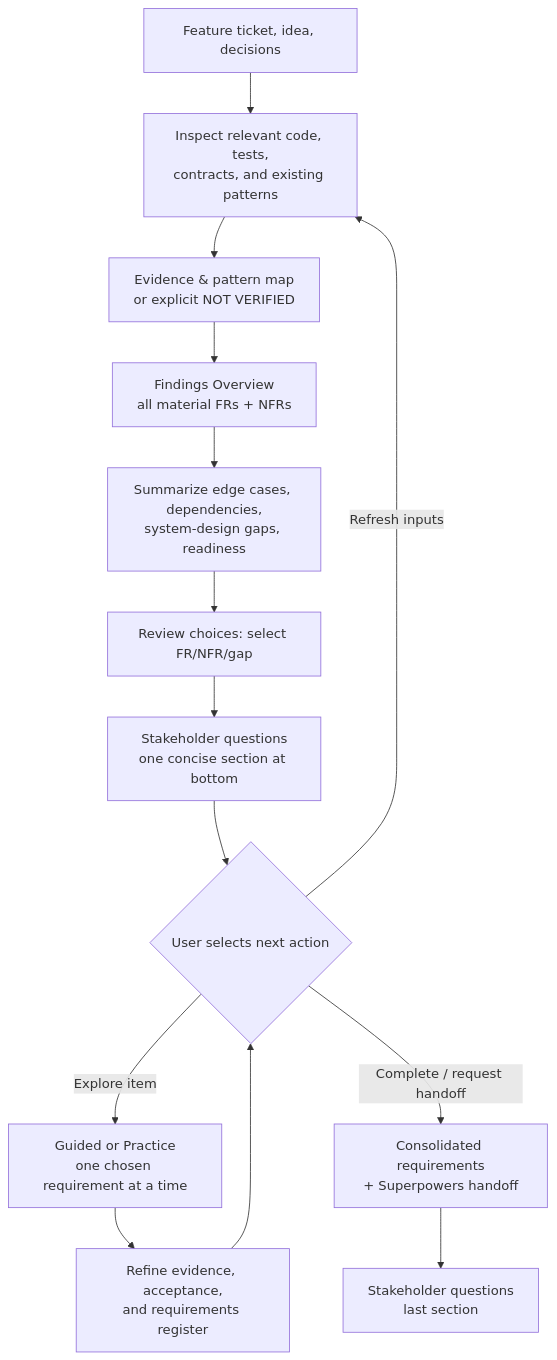
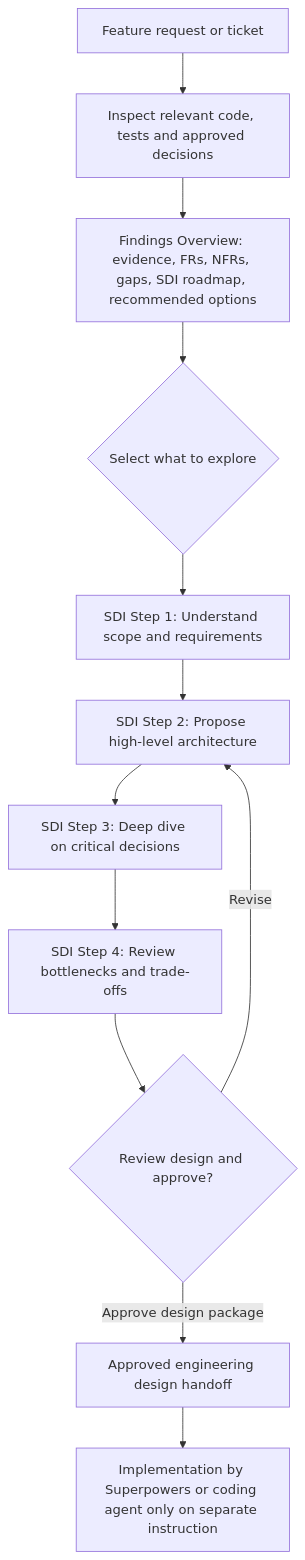
One commit to rlynjb/dotskills changed the diagram in skills/refine-requirements/README.md. Above: the diagram before and after it, drawn with Mermaid. The commit also changed other lines of this file, not shown here.

Commit message:
docs(refine-requirements): document recommendation-first SDI design and handoff

````diff
--- a/skills/refine-requirements/README.md
+++ b/skills/refine-requirements/README.md
@@ -33,16 +30,14 @@
 ```mermaid
 flowchart TD
-    A["Feature ticket, idea, decisions"] --> B["Inspect relevant code, tests,<br/>contracts, and existing patterns"]
-    B --> C["Evidence & pattern map<br/>or explicit NOT VERIFIED"]
-    C --> D["Findings Overview<br/>all material FRs + NFRs"]
-    D --> E["Summarize edge cases, dependencies,<br/>system-design gaps, readiness"]
-    E --> F["Review choices: select FR/NFR/gap"]
-    F --> G["Stakeholder questions<br/>one concise section at bottom"]
-    G --> H{"User selects next action"}
-    H -->|"Explore item"| I["Guided or Practice<br/>one chosen requirement at a time"]
-    I --> J["Refine evidence, acceptance,<br/>and requirements register"]
-    J --> H
-    H -->|"Refresh inputs"| B
-    H -->|"Complete / request handoff"| K["Consolidated requirements<br/>+ Superpowers handoff"]
-    K --> L["Stakeholder questions<br/>last section"]
+    A[Feature request or ticket] --> B[Inspect relevant code, tests and approved decisions]
+    B --> C[Findings Overview: evidence, FRs, NFRs, gaps, SDI roadmap, recommended options]
+    C --> D{Select what to explore}
+    D --> E[SDI Step 1: Understand scope and requirements]
+    E --> F[SDI Step 2: Propose high-level architecture]
+    F --> G[SDI Step 3: Deep dive on critical decisions]
+    G --> H[SDI Step 4: Review bottlenecks and trade-offs]
+    H --> I{Review design and approve?}
+    I -->|Revise| F
+    I -->|Approve design package| J[Approved engineering design handoff]
+    J --> K[Implementation by Superpowers or coding agent only on separate instruction]
 ```
````
